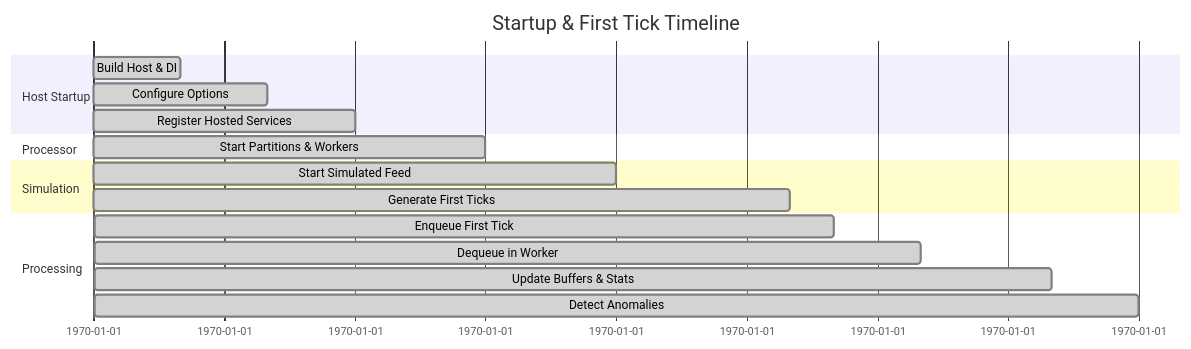
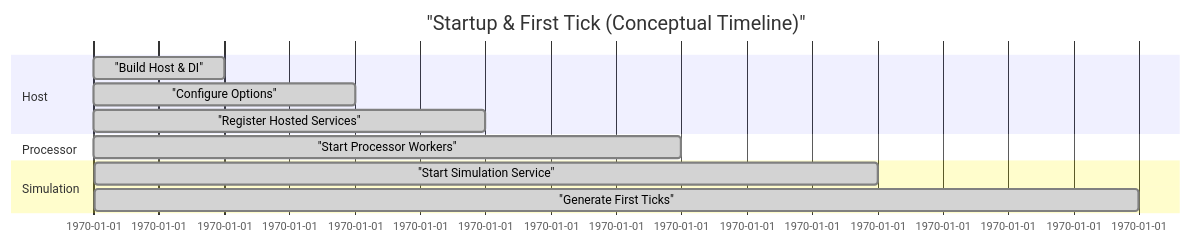
Before and after one commit to yasserebrahimi/MarketDataSystem: the fifth of 5 diagrams in docs/ARCHITECTURE-COMBINED.md, drawn with Mermaid. The commit also changed other lines of this file and 8 other files, not shown here.

````diff
--- a/docs/ARCHITECTURE-COMBINED.md
+++ b/docs/ARCHITECTURE-COMBINED.md
@@ -611,23 +180,17 @@
 ```mermaid
 gantt
     dateFormat  X
-    title Startup & First Tick Timeline
+    title "Startup & First Tick (Conceptual Timeline)"
 
-    section Host Startup
-    Build Host & DI           :done, 0, 10
-    Configure Options         :done, 10, 20
-    Register Hosted Services  :done, 20, 30
+    section Host
+    "Build Host & DI"           :done, 0, 10
+    "Configure Options"         :done, 10, 20
+    "Register Hosted Services"  :done, 20, 30
 
     section Processor
-    Start Partitions & Workers:done, 30, 45
+    "Start Processor Workers"   :done, 30, 45
 
     section Simulation
-    Start Simulated Feed      :done, 45, 60
-    Generate First Ticks      :done, 60, 80
-
-    section Processing
-    Enqueue First Tick        :done, 80, 85
-    Dequeue in Worker         :done, 85, 95
-    Update Buffers & Stats    :done, 95, 110
-    Detect Anomalies          :done, 110, 120
+    "Start Simulation Service"  :done, 45, 60
+    "Generate First Ticks"      :done, 60, 80
 ```
````
